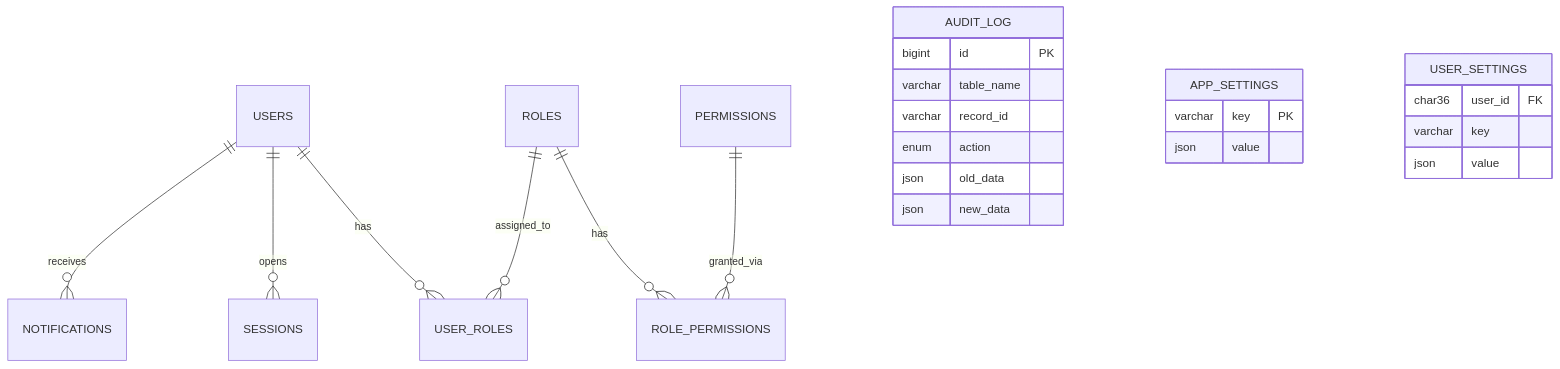
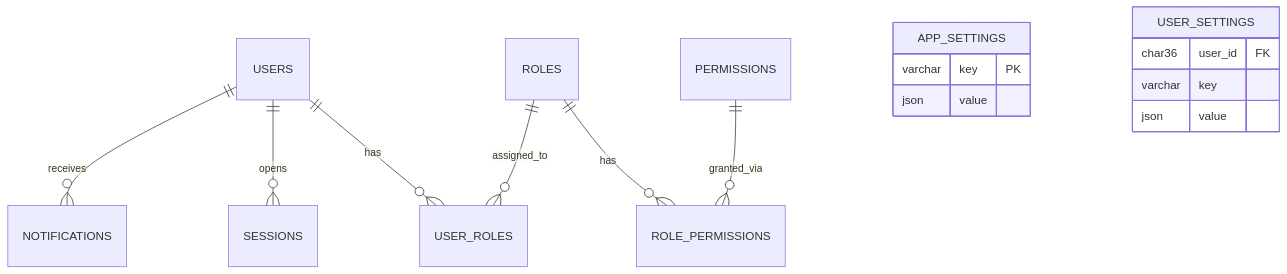
One commit to NietoDeveloper/MySQL_DataBase changed the diagram in docs/ERD.md. Above: the diagram before and after it, drawn with Mermaid.

````diff
--- a/docs/ERD.md
+++ b/docs/ERD.md
@@ -3,30 +3,21 @@
 ```mermaid
 erDiagram
     USERS ||--o{ USER_ROLES : has
     ROLES ||--o{ USER_ROLES : assigned_to
     ROLES ||--o{ ROLE_PERMISSIONS : has
     PERMISSIONS ||--o{ ROLE_PERMISSIONS : granted_via
     USERS ||--o{ SESSIONS : opens
     USERS ||--o{ NOTIFICATIONS : receives
 
-
-    AUDIT_LOG {
-        bigint id PK
-        varchar table_name
-        varchar record_id
-        enum action
-        json old_data
-        json new_data
-    }
 
     APP_SETTINGS {
         varchar key PK
         json value
     }
 
     USER_SETTINGS {
         char36 user_id FK
         varchar key
         json value
     }
 ```
````
